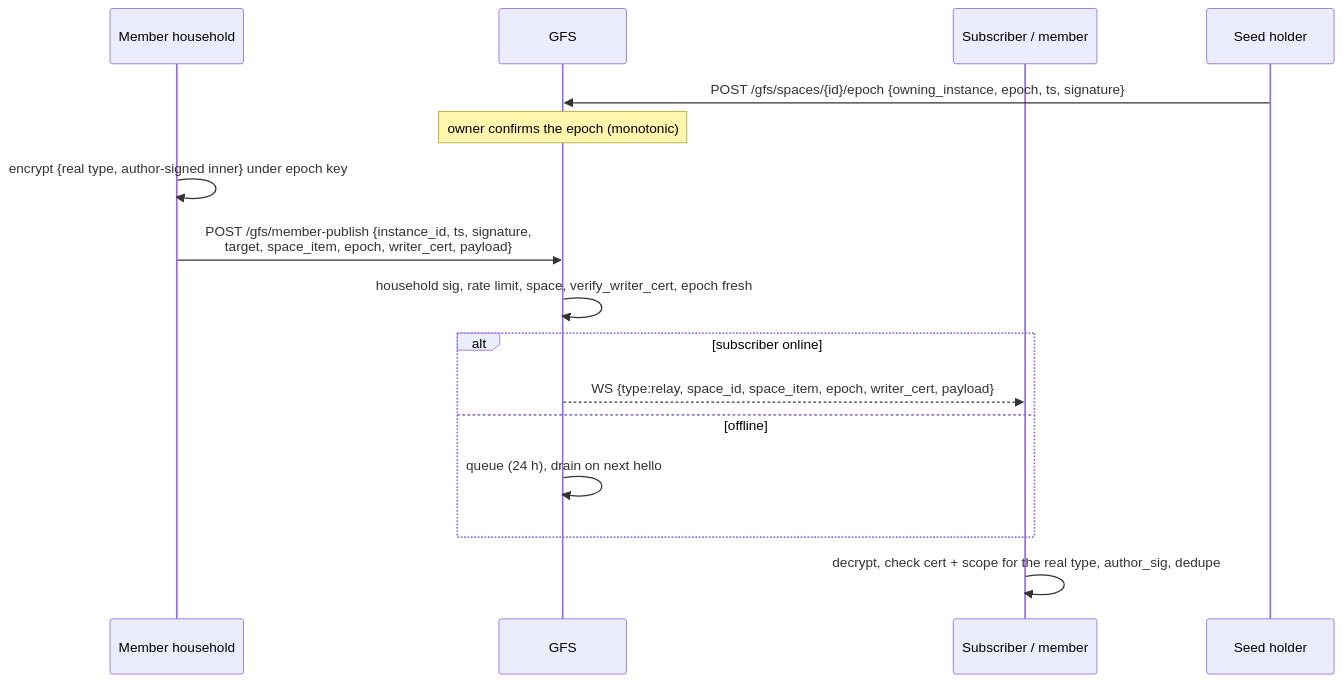
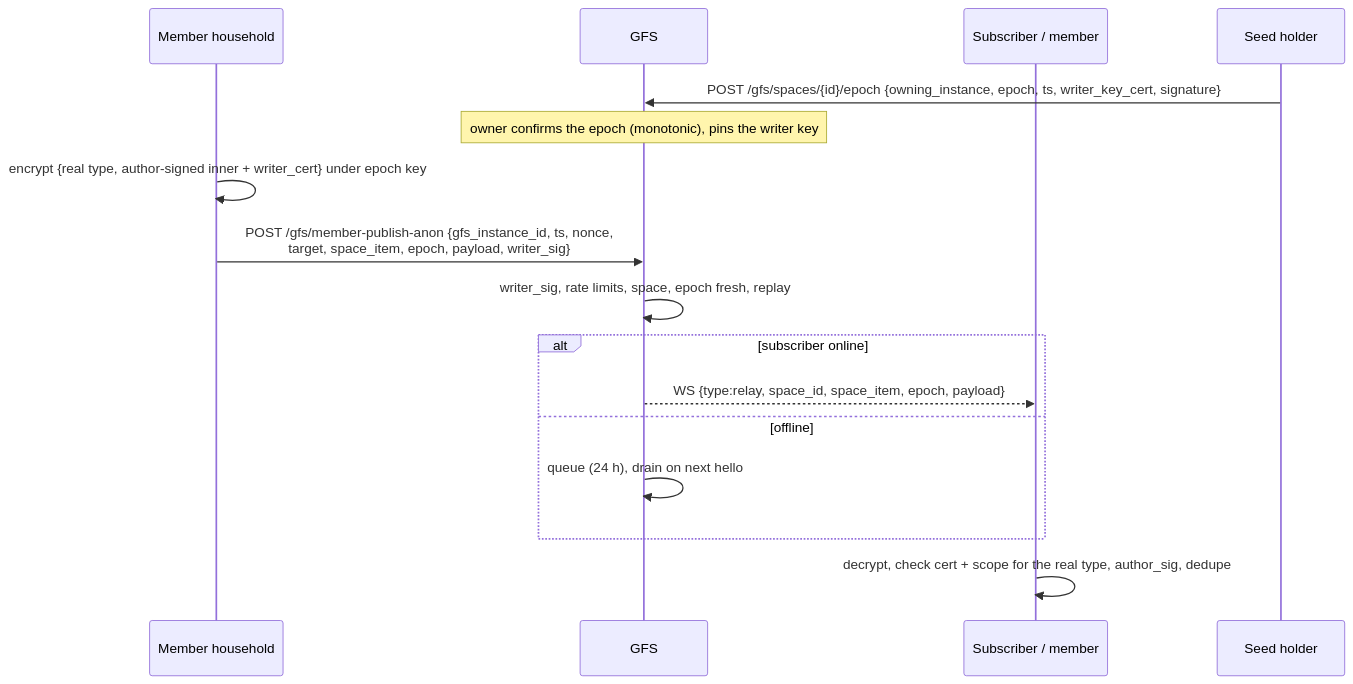
The ninth of 15 diagrams in docs/protocol/discovery.md (social-home-io/socialhome), drawn with Mermaid before and after one commit. The commit also changed other lines of this file and 52 other files, not shown here.

First line of the commit message:
Drop the GFS publish-mode toggle; tests and docs for one anonymous mode

````diff
--- a/docs/protocol/discovery.md
+++ b/docs/protocol/discovery.md
@@ -2430,18 +2427,18 @@
 ```mermaid
 sequenceDiagram
     participant M as Member household
     participant G as GFS
     participant S as Subscriber / member
     participant O as Seed holder
-    O->>G: POST /gfs/spaces/{id}/epoch {owning_instance, epoch, ts, signature}
-    Note over G: owner confirms the epoch (monotonic)
-    M->>M: encrypt {real type, author-signed inner} under epoch key
-    M->>G: POST /gfs/member-publish {instance_id, ts, signature,<br/>target, space_item, epoch, writer_cert, payload}
-    G->>G: household sig, rate limit, space, verify_writer_cert, epoch fresh
+    O->>G: POST /gfs/spaces/{id}/epoch {owning_instance, epoch, ts, writer_key_cert, signature}
+    Note over G: owner confirms the epoch (monotonic), pins the writer key
+    M->>M: encrypt {real type, author-signed inner + writer_cert} under epoch key
+    M->>G: POST /gfs/member-publish-anon {gfs_instance_id, ts, nonce,<br/>target, space_item, epoch, payload, writer_sig}
+    G->>G: writer_sig, rate limits, space, epoch fresh, replay
     alt subscriber online
-        G-->>S: WS {type:relay, space_id, space_item, epoch, writer_cert, payload}
+        G-->>S: WS {type:relay, space_id, space_item, epoch, payload}
     else offline
         G->>G: queue (24 h), drain on next hello
     end
     S->>S: decrypt, check cert + scope for the real type, author_sig, dedupe
 ```
````
